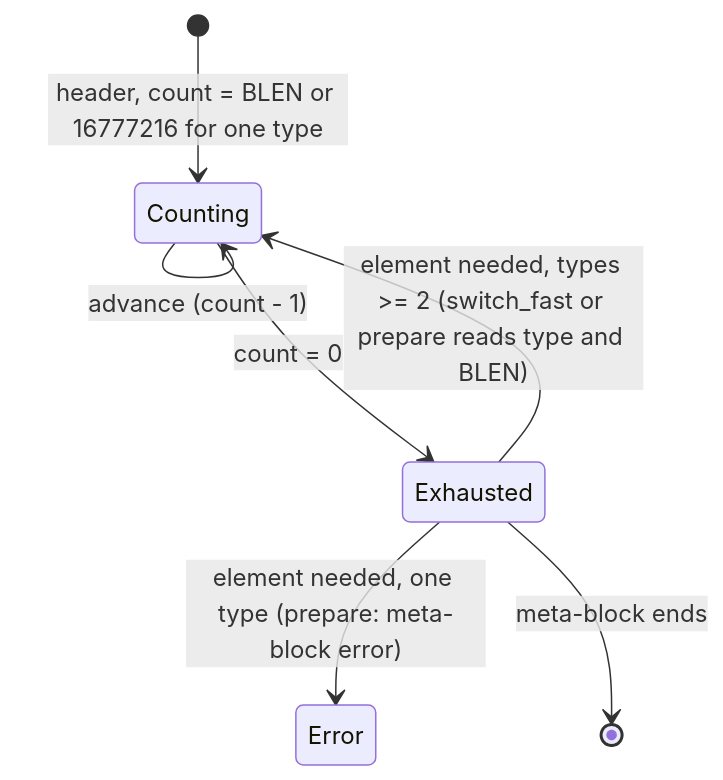
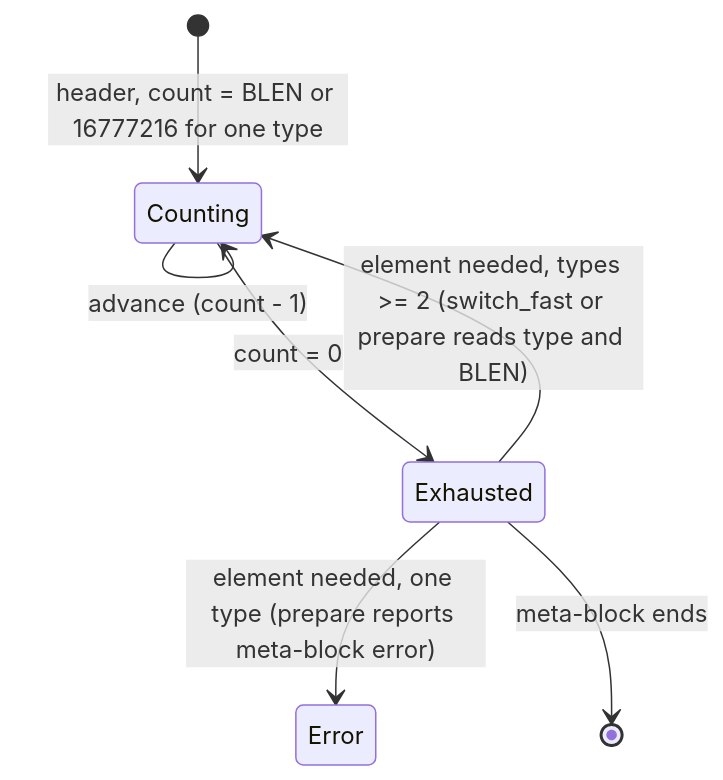
Before and after one commit to M-Compressors/mbrotli: the fifth of 11 diagrams in architecture/decompressor.md, drawn with Mermaid. The commit also changed other lines of this file and 36 other files, not shown here.

````diff
--- a/architecture/decompressor.md
+++ b/architecture/decompressor.md
@@ -358,9 +358,9 @@
 ```mermaid
 stateDiagram-v2
     [*] --> Counting: header, count = BLEN or 16777216 for one type
     Counting --> Counting: advance (count - 1)
     Counting --> Exhausted: count = 0
     Exhausted --> Counting: element needed, types >= 2 (switch_fast or prepare reads type and BLEN)
-    Exhausted --> Error: element needed, one type (prepare: meta-block error)
+    Exhausted --> Error: element needed, one type (prepare reports meta-block error)
     Exhausted --> [*]: meta-block ends
 ```
````
